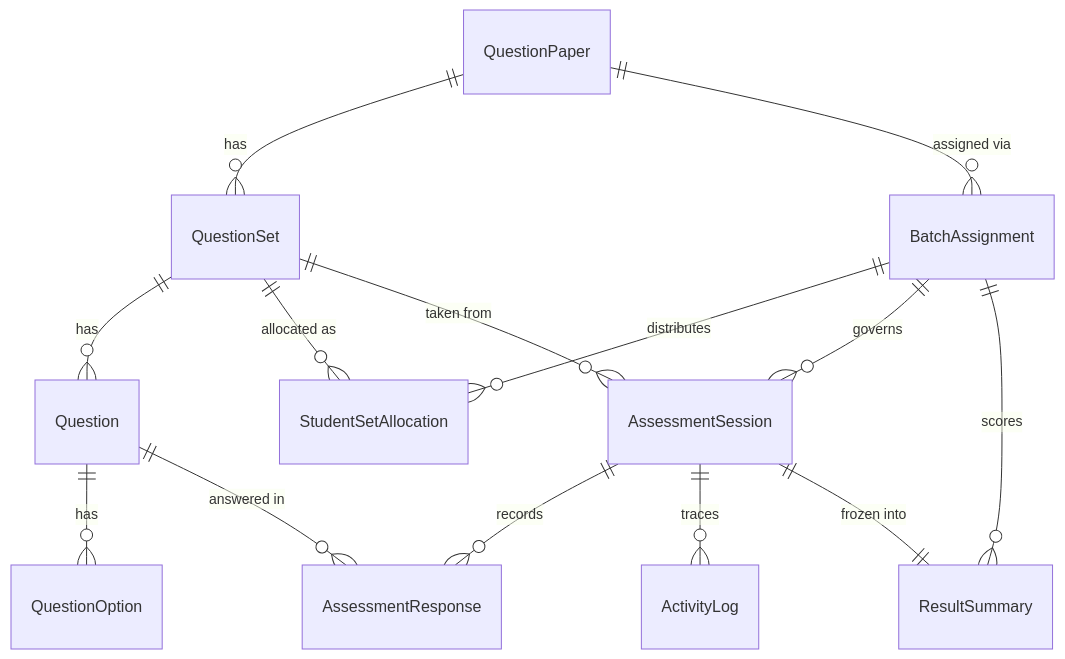
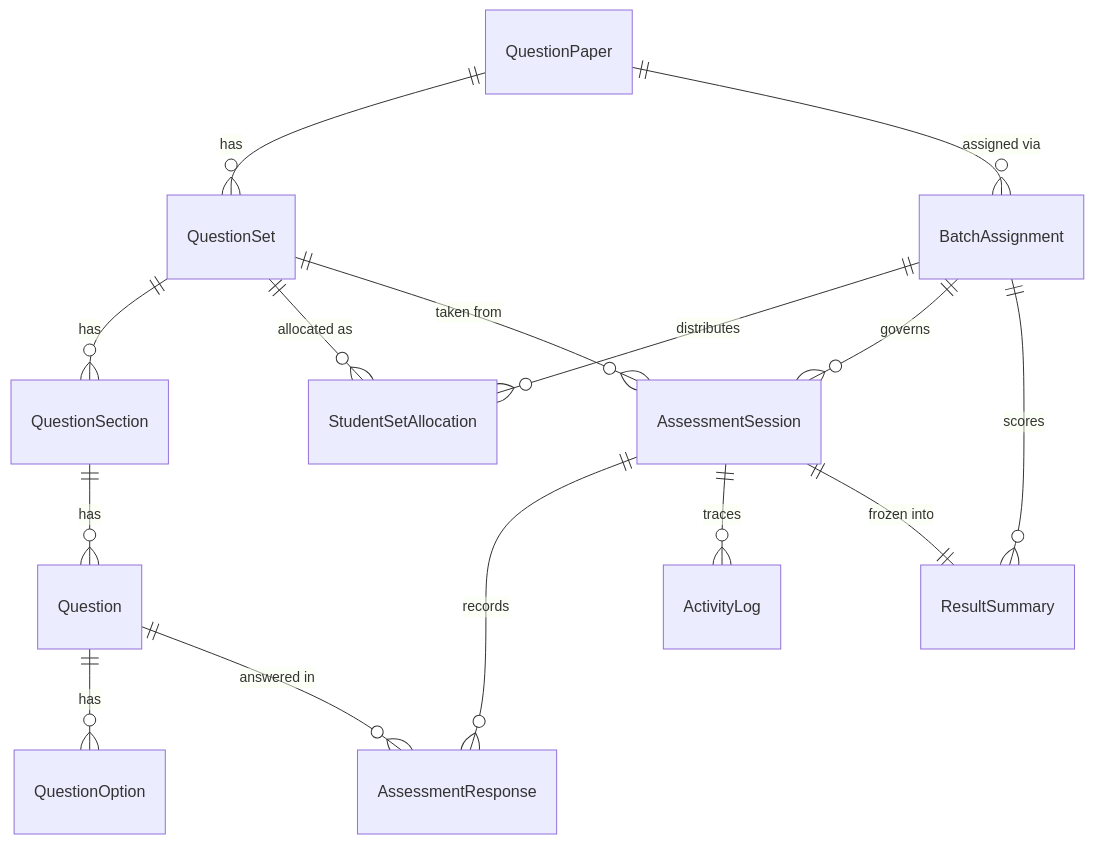
One commit to pranav2004-bit/SPARK changed the diagram in docs/assessment-service-api.md. Above: the diagram before and after it, drawn with Mermaid. The commit also changed other lines of this file and 233 other files, not shown here.

````diff
--- a/docs/assessment-service-api.md
+++ b/docs/assessment-service-api.md
@@ -35,16 +35,17 @@
 ```mermaid
 erDiagram
     QuestionPaper ||--o{ QuestionSet : "has"
-    QuestionSet ||--o{ Question : "has"
+    QuestionSet ||--o{ QuestionSection : "has"
+    QuestionSection ||--o{ Question : "has"
     Question ||--o{ QuestionOption : "has"
     QuestionPaper ||--o{ BatchAssignment : "assigned via"
     BatchAssignment ||--o{ StudentSetAllocation : "distributes"
     QuestionSet ||--o{ StudentSetAllocation : "allocated as"
     BatchAssignment ||--o{ AssessmentSession : "governs"
     QuestionSet ||--o{ AssessmentSession : "taken from"
     AssessmentSession ||--o{ AssessmentResponse : "records"
     Question ||--o{ AssessmentResponse : "answered in"
     AssessmentSession ||--o{ ActivityLog : "traces"
     AssessmentSession ||--|| ResultSummary : "frozen into"
     BatchAssignment ||--o{ ResultSummary : "scores"
 ```
````
